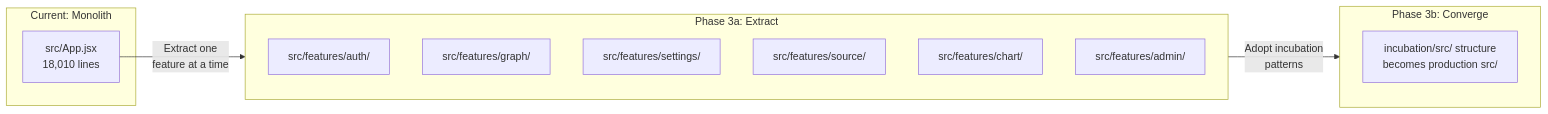
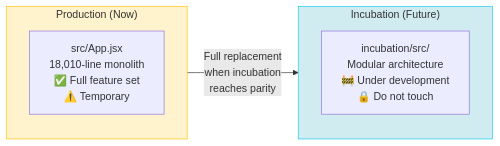
Before and after one commit to atenatiwosgetachew1-ET/Linkx-Frontend_alpha_v1: the first of 2 diagrams in docs/linkx_frontend_strategy.md, drawn with Mermaid. The commit also changed other lines of this file, not shown here.

Commit message:
docs: rewrite strategy — full replacement, not incremental migration

````diff
--- a/docs/linkx_frontend_strategy.md
+++ b/docs/linkx_frontend_strategy.md
@@ -330,22 +74,15 @@
 ```mermaid
 flowchart LR
-    subgraph Current["Current: Monolith"]
-        A["src/App.jsx<br/>18,010 lines"]
+    subgraph NOW["Production (Now)"]
+        A["src/App.jsx<br/>18,010-line monolith<br/>✅ Full feature set<br/>⚠️ Temporary"]
     end
 
-    subgraph Phase1["Phase 3a: Extract"]
-        B["src/features/auth/"]
-        C["src/features/graph/"]
-        D["src/features/settings/"]
-        E["src/features/source/"]
-        F["src/features/chart/"]
-        G["src/features/admin/"]
+    subgraph FUTURE["Incubation (Future)"]
+        B["incubation/src/<br/>Modular architecture<br/>🚧 Under development<br/>🔒 Do not touch"]
     end
 
-    subgraph Phase2["Phase 3b: Converge"]
-        H["incubation/src/ structure<br/>becomes production src/"]
-    end
+    NOW -->|"Full replacement<br/>when incubation<br/>reaches parity"| FUTURE
 
-    A -->|"Extract one<br/>feature at a time"| Phase1
-    Phase1 -->|"Adopt incubation<br/>patterns"| Phase2
+    style NOW fill:#fff3cd,stroke:#ffc107
+    style FUTURE fill:#d1ecf1,stroke:#0dcaf0
 ```
````
